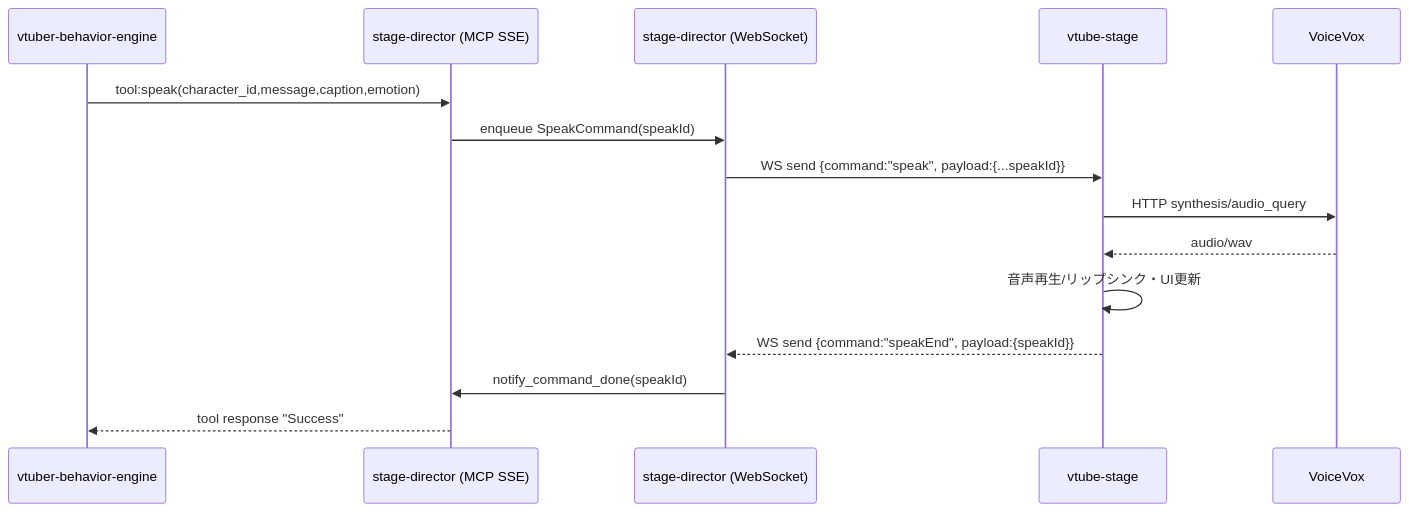
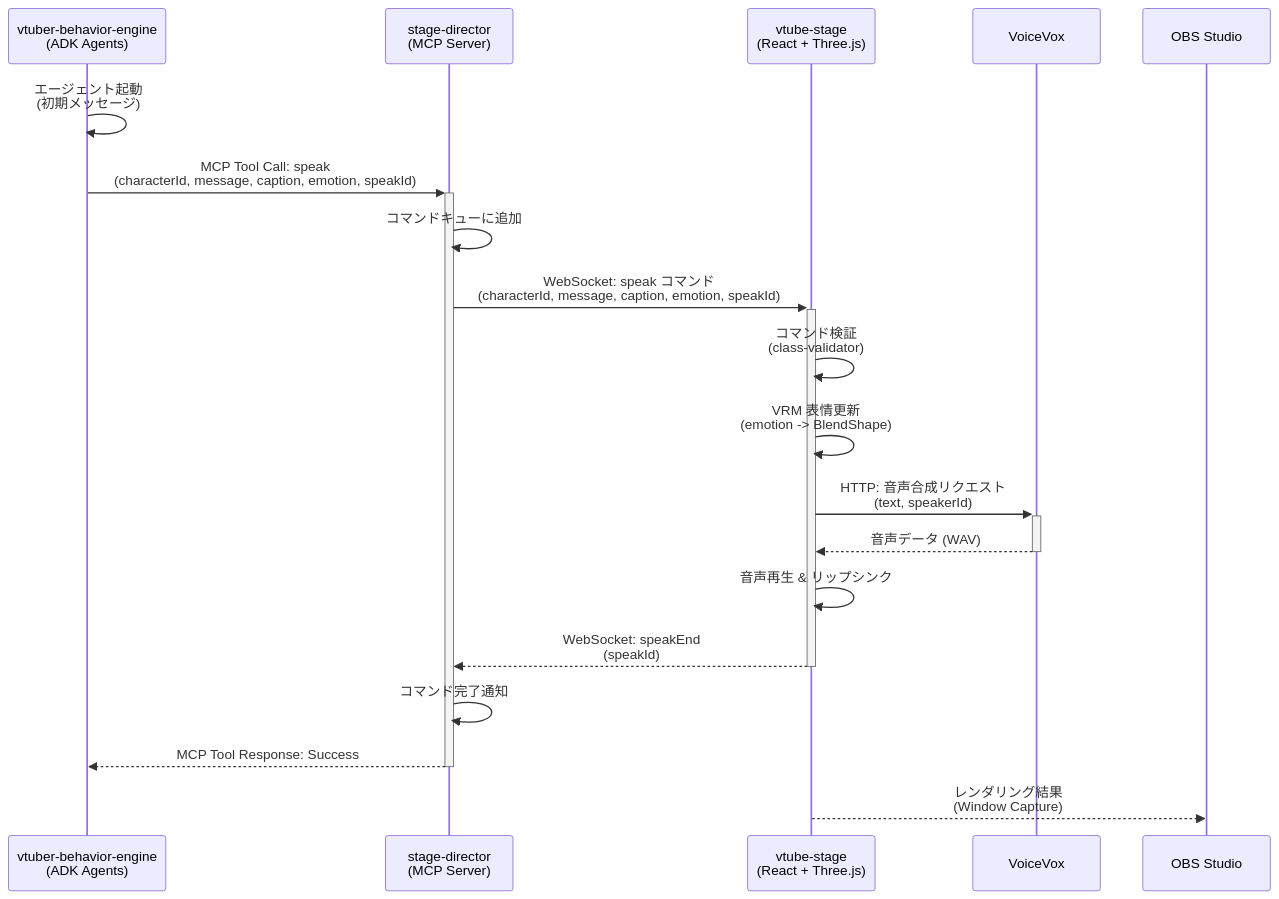
Before and after one commit to LongbowXXX/ai-tuber: the first of 3 diagrams in docs/architecture/key-flows.md, drawn with Mermaid. The commit also changed other lines of this file and 12 other files, not shown here.

First line of the commit message:
docs: Update architecture documentation and improve Japanese translations

````diff
--- a/docs/architecture/key-flows.md
+++ b/docs/architecture/key-flows.md
@@ -22,18 +40,22 @@
 ```mermaid
 sequenceDiagram
-  participant VBE as vtuber-behavior-engine
-  participant MCP as stage-director (MCP SSE)
-  participant WS as stage-director (WebSocket)
-  participant VS as vtube-stage
-  participant VV as VoiceVox
+    participant VBE as vtuber-behavior-engine<br/>(ADK Agents)
+    participant SD as stage-director<br/>(MCP Server)
+    participant VS as vtube-stage<br/>(React + Three.js)
+    participant VV as VoiceVox
+    participant OBS as OBS Studio
 
-  VBE->>MCP: tool:speak(character_id,message,caption,emotion)
-  MCP->>WS: enqueue SpeakCommand(speakId)
-  WS->>VS: WS send {command:"speak", payload:{...speakId}}
-  VS->>VV: HTTP synthesis/audio_query
-  VV-->>VS: audio/wav
-  VS->>VS: 音声再生/リップシンク・UI更新
-  VS-->>WS: WS send {command:"speakEnd", payload:{speakId}}
-  WS->>MCP: notify_command_done(speakId)
-  MCP-->>VBE: tool response "Success"
+    VBE ->> VBE: エージェント起動<br/>(初期メッセージ)
+    VBE ->>+ SD: MCP Tool Call: speak<br/>(characterId, message, caption, emotion, speakId)
+    SD ->> SD: コマンドキューに追加
+    SD ->>+ VS: WebSocket: speak コマンド<br/>(characterId, message, caption, emotion, speakId)
+    VS ->> VS: コマンド検証<br/>(class-validator)
+    VS ->> VS: VRM 表情更新<br/>(emotion -> BlendShape)
+    VS ->>+ VV: HTTP: 音声合成リクエスト<br/>(text, speakerId)
+    VV -->>- VS: 音声データ (WAV)
+    VS ->> VS: 音声再生 & リップシンク
+    VS -->>- SD: WebSocket: speakEnd<br/>(speakId)
+    SD ->> SD: コマンド完了通知
+    SD -->>- VBE: MCP Tool Response: Success
+    VS -->> OBS: レンダリング結果<br/>(Window Capture)
 ```
````
